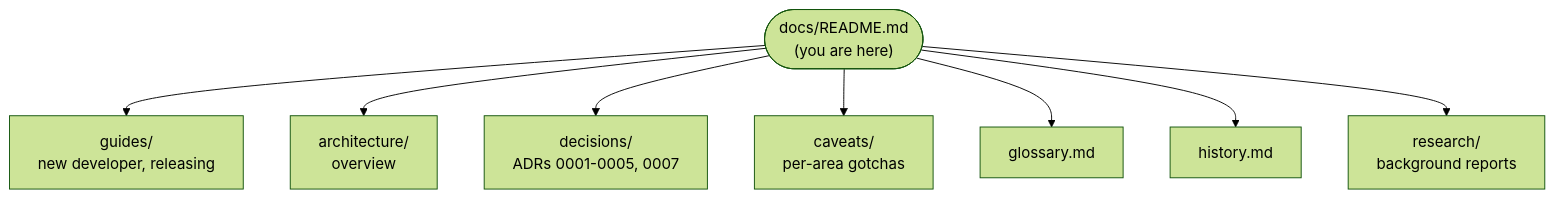
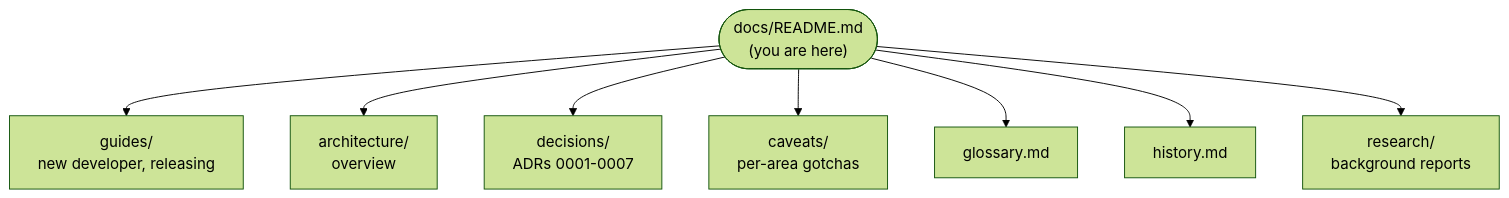
The diagram in docs/README.md (joebarbere/controls), drawn with Mermaid (forest theme) before and after one commit. The commit also changed other lines of this file and 66 other files, not shown here.

````diff
--- a/docs/README.md
+++ b/docs/README.md
@@ -5,11 +5,11 @@
 ```mermaid
 flowchart TD
     HUB(["docs/README.md<br/>(you are here)"])
     HUB --> G["guides/<br/>new developer, releasing"]
     HUB --> A["architecture/<br/>overview"]
-    HUB --> D["decisions/<br/>ADRs 0001-0005, 0007"]
+    HUB --> D["decisions/<br/>ADRs 0001-0007"]
     HUB --> C["caveats/<br/>per-area gotchas"]
     HUB --> GL["glossary.md"]
     HUB --> H["history.md"]
     HUB --> R["research/<br/>background reports"]
 ```
````
